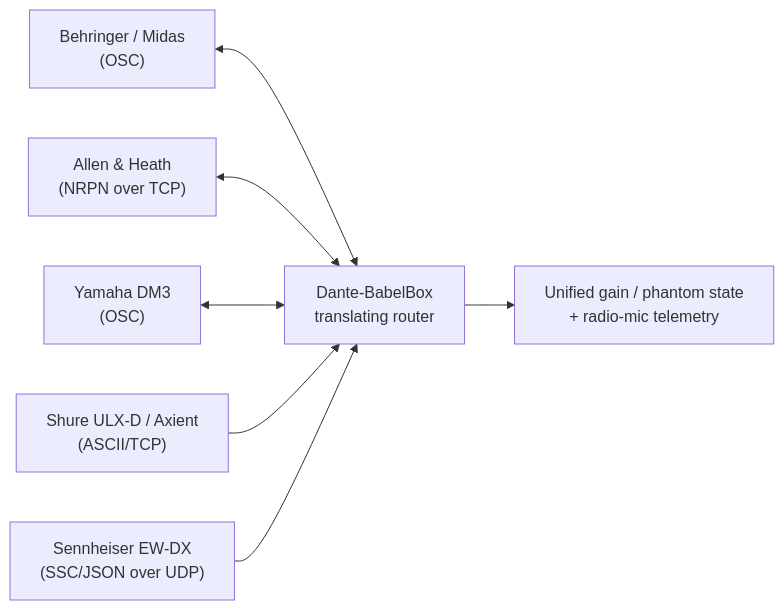
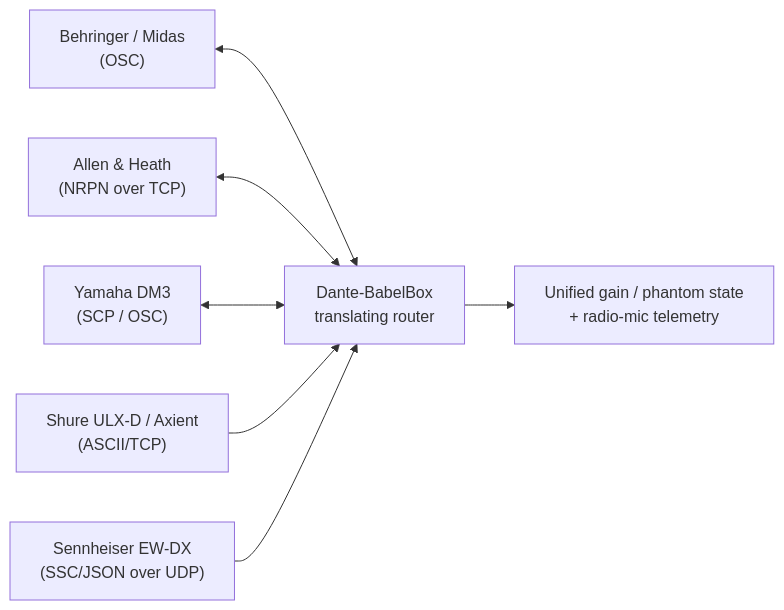
One commit to stoatworks-labs/Dante-BabelBox changed the first of 2 diagrams in README.md. Above: the diagram before and after it, drawn with Mermaid. The commit also changed other lines of this file and 14 other files, not shown here.

````diff
--- a/README.md
+++ b/README.md
@@ -55,10 +57,10 @@
 ```mermaid
 flowchart LR
     X32["Behringer / Midas<br/>(OSC)"] <--> BB
     AH["Allen & Heath<br/>(NRPN over TCP)"] <--> BB
-    YAM["Yamaha DM3<br/>(OSC)"] <--> BB
+    YAM["Yamaha DM3<br/>(SCP / OSC)"] <--> BB
     BB["Dante-BabelBox<br/>translating router"]
     SHURE["Shure ULX-D / Axient<br/>(ASCII/TCP)"] --> BB
     SENN["Sennheiser EW-DX<br/>(SSC/JSON over UDP)"] --> BB
     BB --> STATE["Unified gain / phantom state<br/>+ radio-mic telemetry"]
 ```
````
